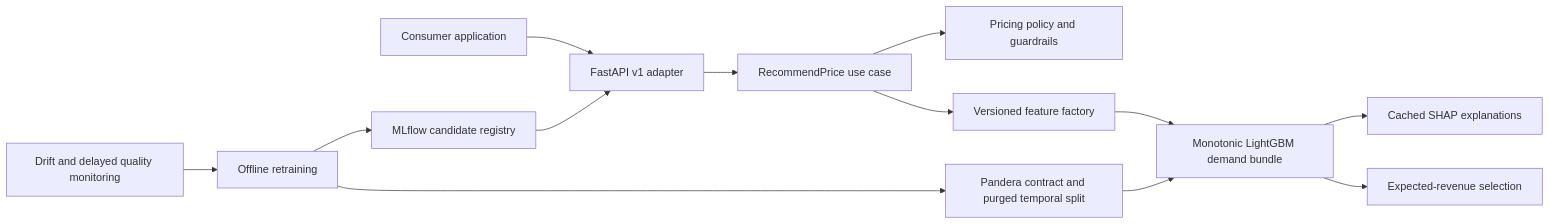
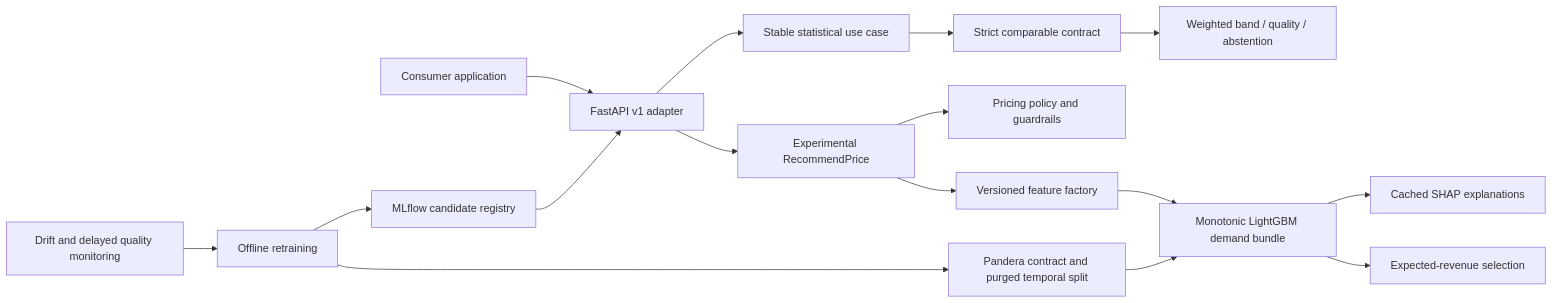
Before and after one commit to Miguesh/pricing-recommendation-engine-: the first of 2 diagrams in docs/architecture.md, drawn with Mermaid. The commit also changed other lines of this file and 30 other files, not shown here.

First line of the commit message:
feat: add market evidence statistical pricing profile (#17)

````diff
--- a/docs/architecture.md
+++ b/docs/architecture.md
@@ -22,15 +32,19 @@
 ```mermaid
 flowchart LR
     Client["Consumer application"] --> API["FastAPI v1 adapter"]
-    API --> UseCase["RecommendPrice use case"]
-    UseCase --> Policy["Pricing policy and guardrails"]
-    UseCase --> Features["Versioned feature factory"]
+    API --> Statistical["Stable statistical use case"]
+    Statistical --> Contract["Strict comparable contract"]
+    Contract --> Band["Weighted band / quality / abstention"]
+
+    API --> Experimental["Experimental RecommendPrice"]
+    Experimental --> Policy["Pricing policy and guardrails"]
+    Experimental --> Features["Versioned feature factory"]
     Features --> Model["Monotonic LightGBM demand bundle"]
     Model --> Explain["Cached SHAP explanations"]
     Model --> Optimize["Expected-revenue selection"]
     Train["Offline retraining"] --> Validate["Pandera contract and purged temporal split"]
     Validate --> Model
     Train --> Registry["MLflow candidate registry"]
     Registry --> API
     Monitor["Drift and delayed quality monitoring"] --> Train
 ```
````
